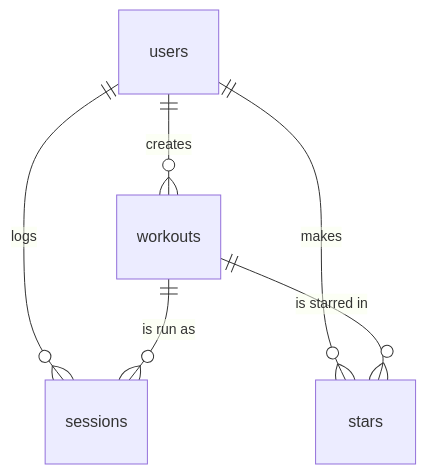
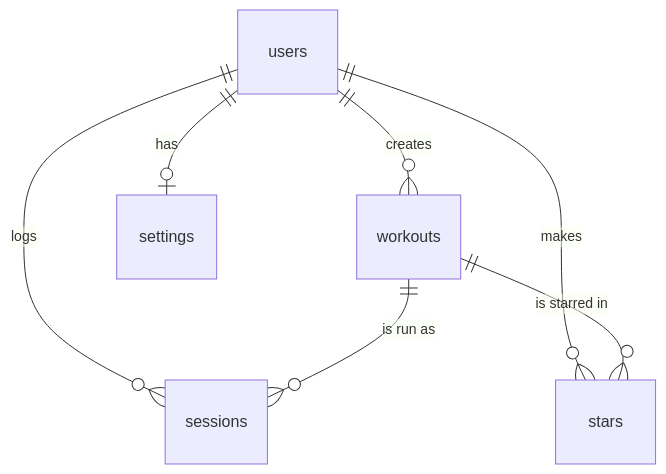
The diagram in schema.md (larajhaveri/treadmill-interval-coach), drawn with Mermaid before and after one commit. The commit also changed other lines of this file and 13 other files, not shown here.

````diff
--- a/schema.md
+++ b/schema.md
@@ -8,8 +8,9 @@
 ```mermaid
 erDiagram
     users ||--o{ workouts : creates
     users ||--o{ sessions : logs
     workouts ||--o{ sessions : "is run as"
     users ||--o{ stars : makes
+    users ||--o| settings : has
     workouts ||--o{ stars : "is starred in"
 ```
````
